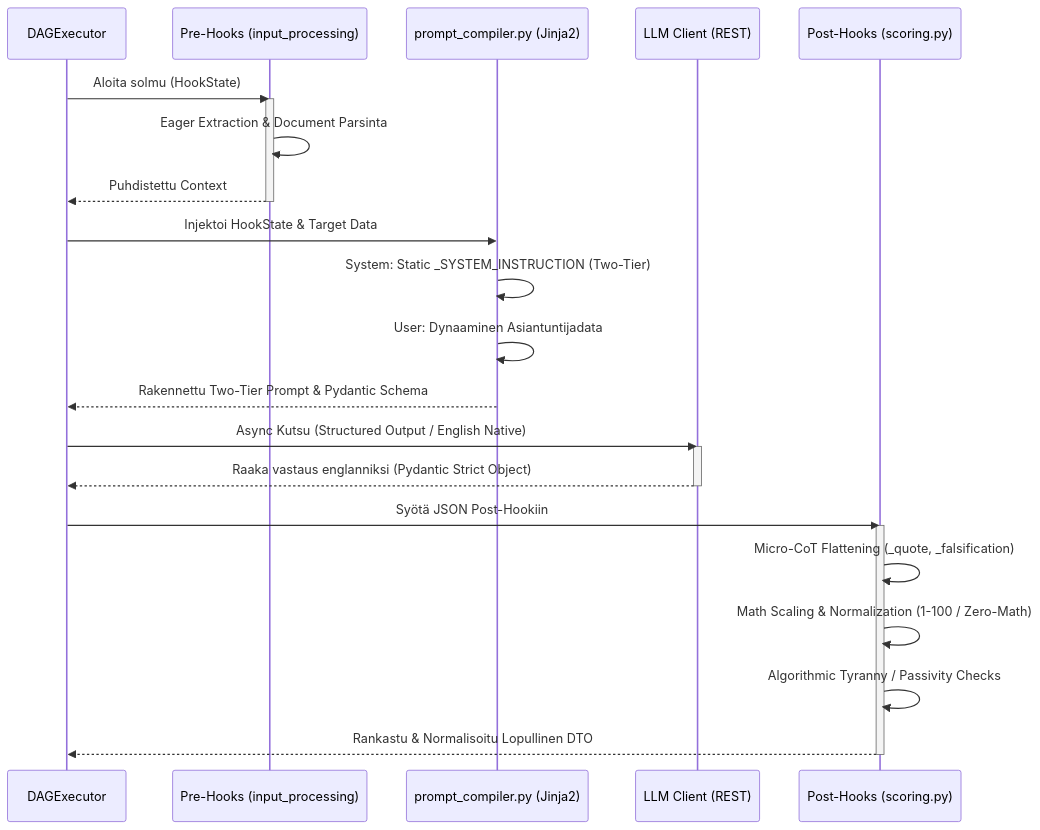
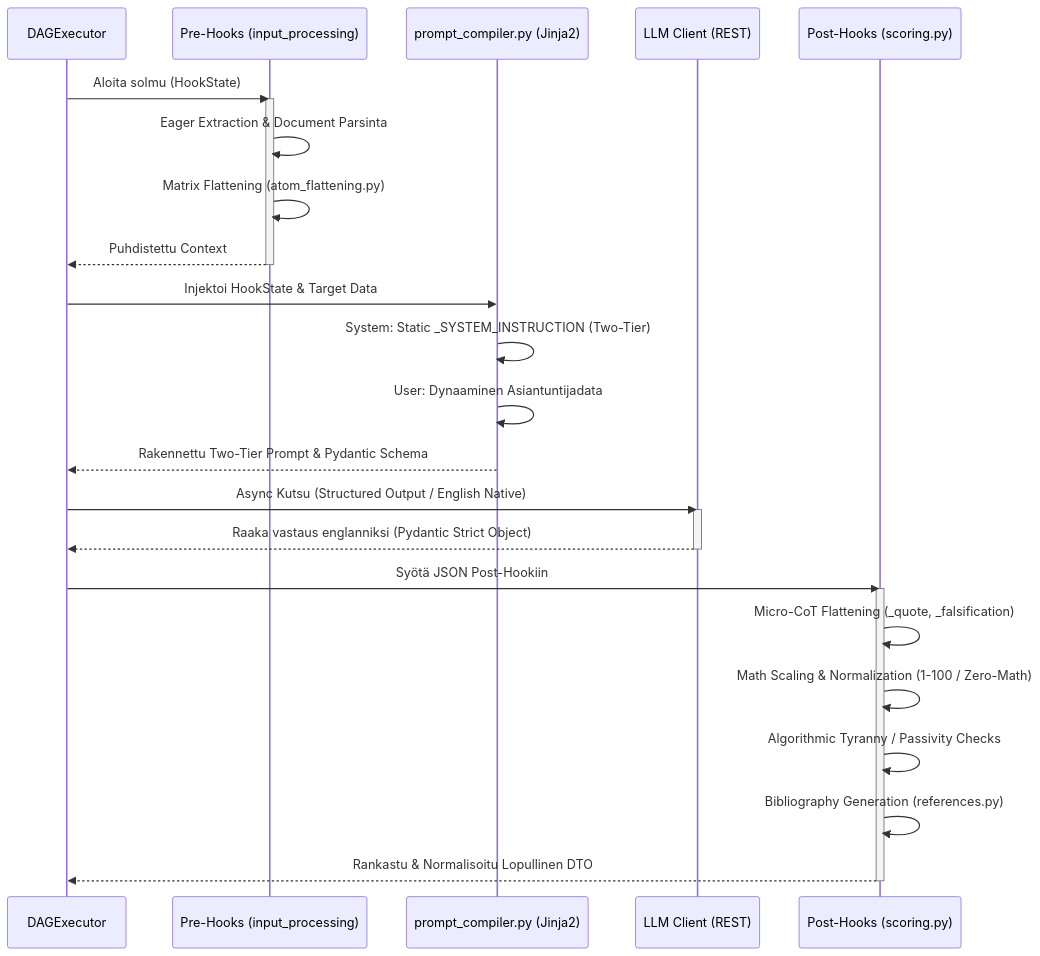
Before and after one commit to launis/quorum: the diagram in docs/architecture/04_hooks_and_llm.md, drawn with Mermaid. The commit also changed other lines of this file and 26 other files, not shown here.

Commit message:
docs: establish architecture documentation and implement scorecard evaluation logic via deep atomization and dynamic rendering engine

````diff
--- a/docs/architecture/04_hooks_and_llm.md
+++ b/docs/architecture/04_hooks_and_llm.md
@@ -9,32 +9,34 @@
 ```mermaid
 sequenceDiagram
     participant Dag as DAGExecutor
     participant Pre as Pre-Hooks (input_processing)
     participant Compiler as prompt_compiler.py (Jinja2)
     participant LLM as LLM Client (REST)
     participant Post as Post-Hooks (scoring.py)
 
     Dag->>Pre: Aloita solmu (HookState)
     activate Pre
     Pre->>Pre: Eager Extraction & Document Parsinta
+    Pre->>Pre: Matrix Flattening (atom_flattening.py)
     Pre-->>Dag: Puhdistettu Context
     deactivate Pre
     
     Dag->>Compiler: Injektoi HookState & Target Data
     Compiler->>Compiler: System: Static _SYSTEM_INSTRUCTION (Two-Tier)
     Compiler->>Compiler: User: Dynaaminen Asiantuntijadata
     Compiler-->>Dag: Rakennettu Two-Tier Prompt & Pydantic Schema
 
     Dag->>LLM: Async Kutsu (Structured Output / English Native)
     activate LLM
     LLM-->>Dag: Raaka vastaus englanniksi (Pydantic Strict Object)
     deactivate LLM
     
     Dag->>Post: Syötä JSON Post-Hookiin
     activate Post
     Post->>Post: Micro-CoT Flattening (_quote, _falsification)
     Post->>Post: Math Scaling & Normalization (1-100 / Zero-Math)
     Post->>Post: Algorithmic Tyranny / Passivity Checks
+    Post->>Post: Bibliography Generation (references.py)
     Post-->>Dag: Rankastu & Normalisoitu Lopullinen DTO
     deactivate Post
 ```
````
